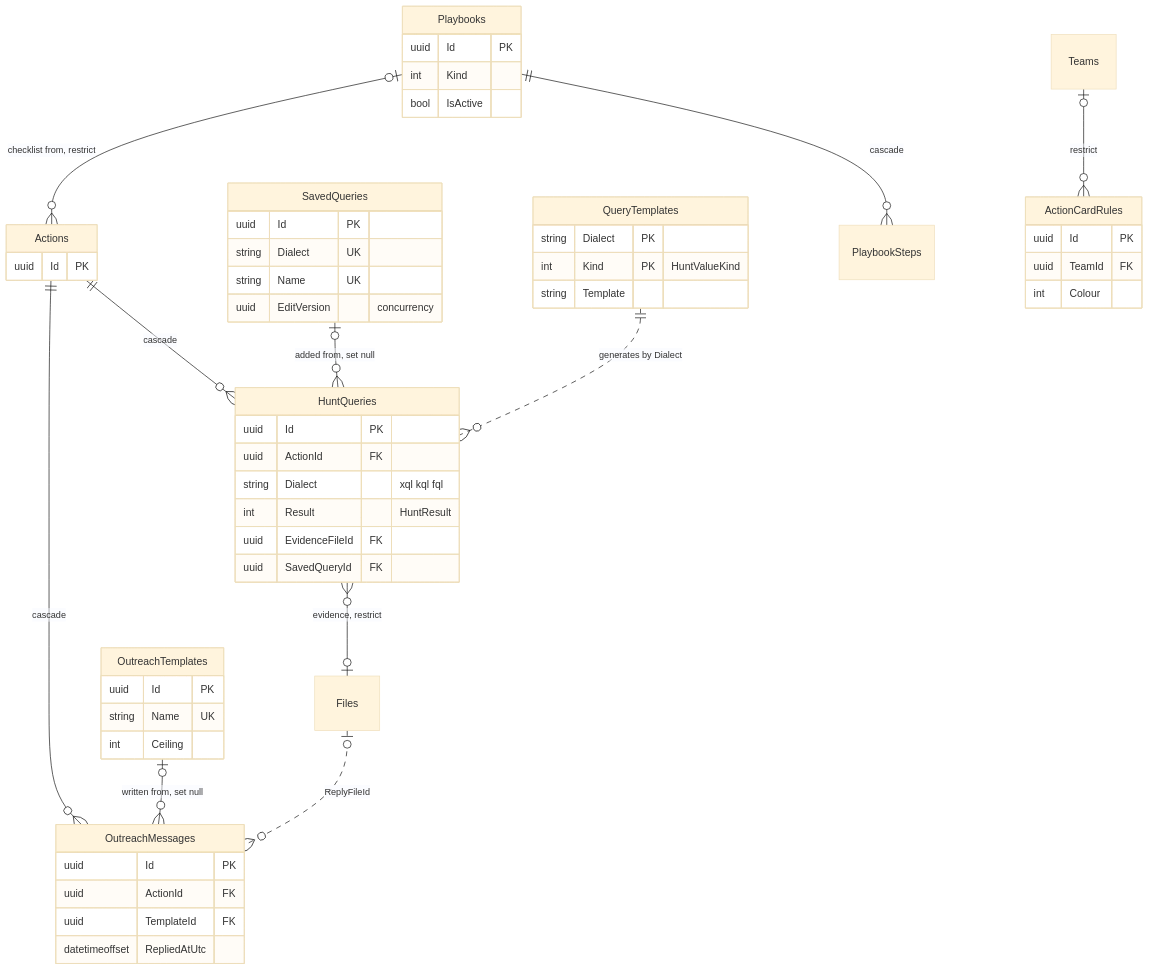
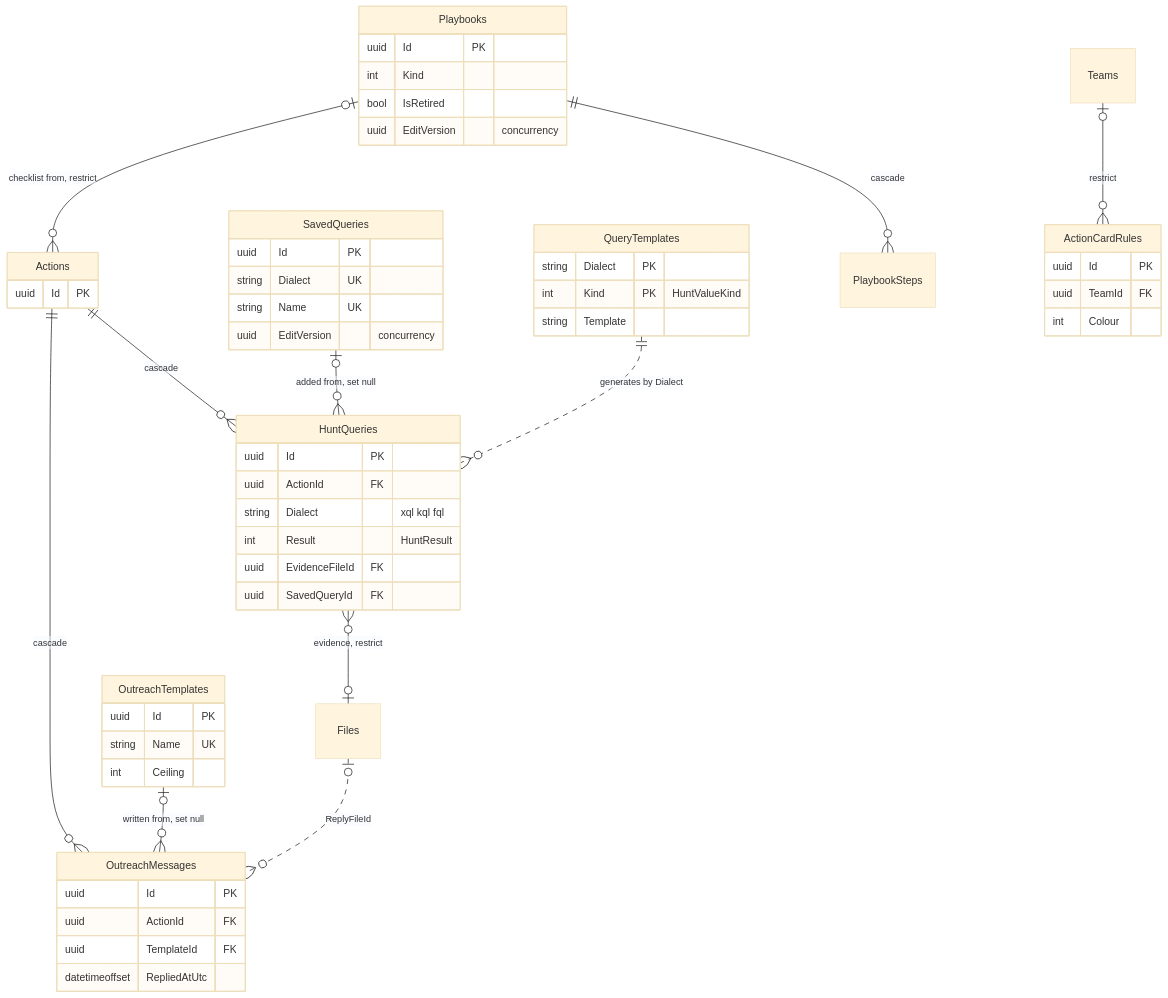
Before and after one commit to jashley92/Tide: the seventh of 12 diagrams in docs/architecture/data-model.md, drawn with Mermaid (base theme). The commit also changed other lines of this file and 54 other files, not shown here.

````diff
--- a/docs/architecture/data-model.md
+++ b/docs/architecture/data-model.md
@@ -363,57 +363,58 @@
 ```mermaid
 erDiagram
     Actions ||--o{ HuntQueries : "cascade"
     HuntQueries }o--o| Files : "evidence, restrict"
     SavedQueries |o--o{ HuntQueries : "added from, set null"
     QueryTemplates ||..o{ HuntQueries : "generates by Dialect"
     Actions ||--o{ OutreachMessages : "cascade"
     OutreachTemplates |o--o{ OutreachMessages : "written from, set null"
     Files |o..o{ OutreachMessages : "ReplyFileId"
     Playbooks ||--o{ PlaybookSteps : "cascade"
     Playbooks |o--o{ Actions : "checklist from, restrict"
     Teams |o--o{ ActionCardRules : "restrict"
 
     HuntQueries {
         uuid Id PK
         uuid ActionId FK
         string Dialect "xql kql fql"
         int Result "HuntResult"
         uuid EvidenceFileId FK
         uuid SavedQueryId FK
     }
     SavedQueries {
         uuid Id PK
         string Dialect UK
         string Name UK
         uuid EditVersion "concurrency"
     }
     QueryTemplates {
         string Dialect PK
         int Kind PK "HuntValueKind"
         string Template
     }
     OutreachMessages {
         uuid Id PK
         uuid ActionId FK
         uuid TemplateId FK
         datetimeoffset RepliedAtUtc
     }
     OutreachTemplates {
         uuid Id PK
         string Name UK
         int Ceiling
     }
     Playbooks {
         uuid Id PK
         int Kind
-        bool IsActive
+        bool IsRetired
+        uuid EditVersion "concurrency"
     }
     ActionCardRules {
         uuid Id PK
         uuid TeamId FK
         int Colour
     }
     Actions {
         uuid Id PK
     }
 ```
````
